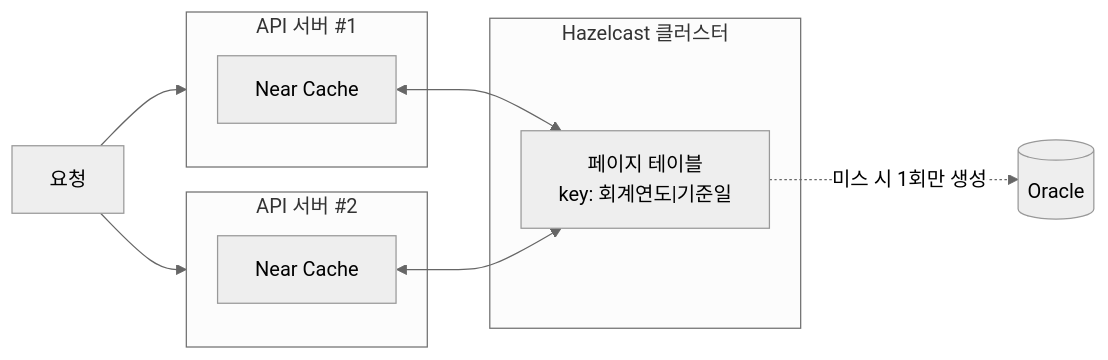
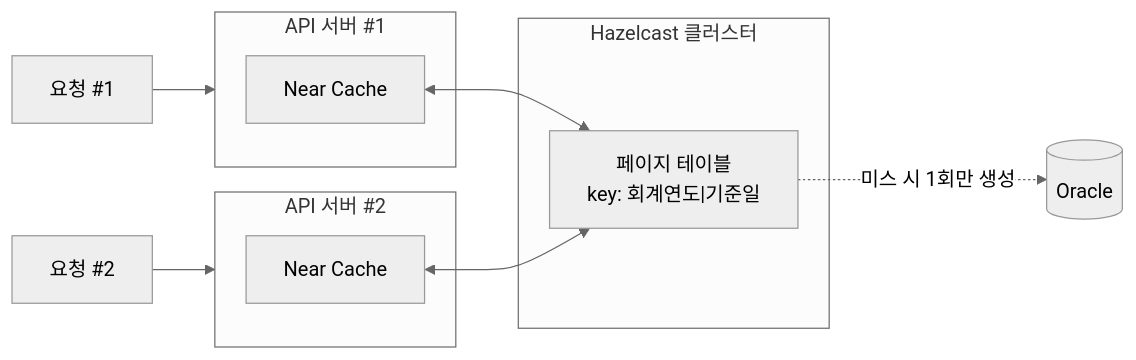
Before and after one commit to electronyoon/electronyoon.github.io: the first of 2 diagrams in _posts/2026-08-27-API에-캐시와-페이지-테이블-달아준-썰.md, drawn with Mermaid (neutral theme). The commit also changed other lines of this file and 1 other file, not shown here.

````diff
--- a/_posts/2026-08-27-API에-캐시와-페이지-테이블-달아준-썰.md
+++ b/_posts/2026-08-27-API에-캐시와-페이지-테이블-달아준-썰.md
@@ -266,20 +270,21 @@
 ```mermaid
 flowchart LR
-    U["요청"]
+    U1["요청 #1"]
+    U2["요청 #2"]
     subgraph API1["API 서버 #1"]
         NC1["Near Cache"]
     end
     subgraph API2["API 서버 #2"]
         NC2["Near Cache"]
     end
     subgraph HZ["Hazelcast 클러스터"]
         MAP["페이지 테이블<br/>key: 회계연도|기준일"]
     end
     DB[("Oracle")]
 
-    U --> API1
-    U --> API2
+    U1 --> API1
+    U2 --> API2
     NC1 <--> MAP
     NC2 <--> MAP
     MAP -.->|"미스 시 1회만 생성"| DB
 ```
````
